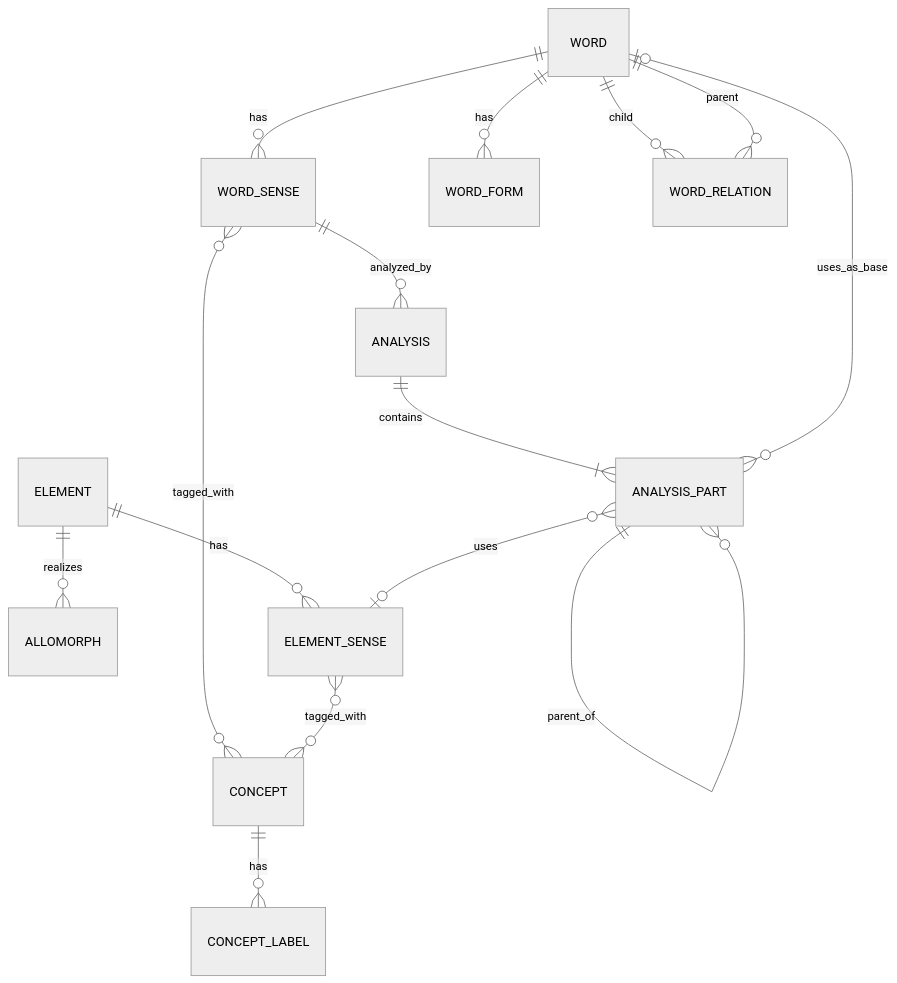
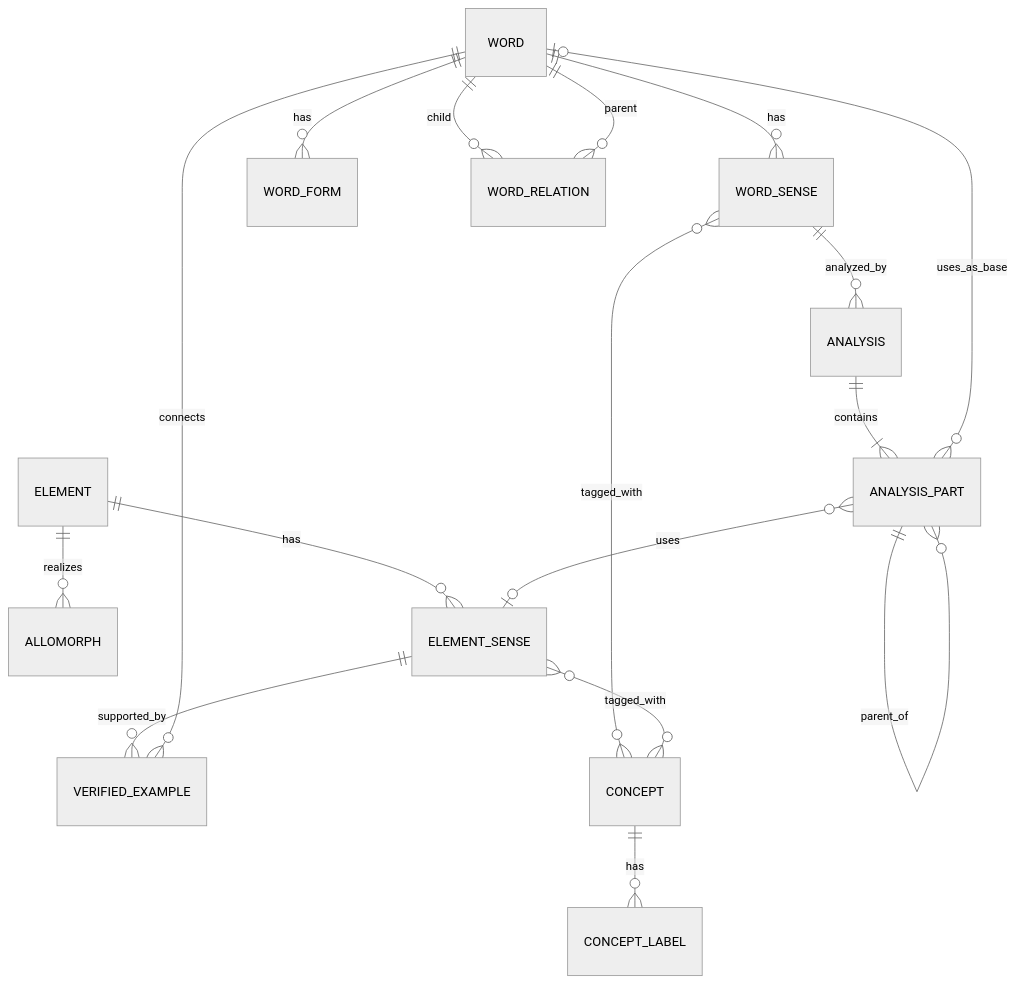
The diagram in docs/DATABASE-DESIGN.md (shynewsky/00-english-word-elements), drawn with Mermaid (neutral theme) before and after one commit. The commit also changed other lines of this file and 1 other file, not shown here.

Commit message:
Document verified graph connections

````diff
--- a/docs/DATABASE-DESIGN.md
+++ b/docs/DATABASE-DESIGN.md
@@ -17,20 +17,22 @@
 ```mermaid
 erDiagram
     WORD ||--o{ WORD_SENSE : has
     WORD ||--o{ WORD_FORM : has
     WORD ||--o{ WORD_RELATION : child
     WORD ||--o{ WORD_RELATION : parent
 
     ELEMENT ||--o{ ALLOMORPH : realizes
     ELEMENT ||--o{ ELEMENT_SENSE : has
+    ELEMENT_SENSE ||--o{ VERIFIED_EXAMPLE : supported_by
+    WORD ||--o{ VERIFIED_EXAMPLE : connects
 
     WORD_SENSE ||--o{ ANALYSIS : analyzed_by
     ANALYSIS ||--|{ ANALYSIS_PART : contains
     ANALYSIS_PART }o--o| ELEMENT_SENSE : uses
     ANALYSIS_PART }o--o| WORD : uses_as_base
     ANALYSIS_PART ||--o{ ANALYSIS_PART : parent_of
 
     CONCEPT ||--o{ CONCEPT_LABEL : has
     WORD_SENSE }o--o{ CONCEPT : tagged_with
     ELEMENT_SENSE }o--o{ CONCEPT : tagged_with
 ```
````
